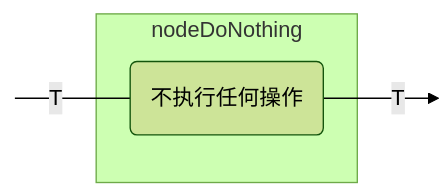
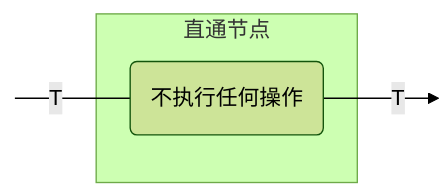
Before and after one commit to BinaryTape/Open-Docs: the second of 15 diagrams in docs/koog/nodes-and-components.md, drawn with Mermaid (forest theme). The commit also changed other lines of this file and 164 other files, not shown here.

````diff
--- a/docs/koog/nodes-and-components.md
+++ b/docs/koog/nodes-and-components.md
@@ -72,13 +72,13 @@
 ```mermaid
 graph LR
     in:::hidden
     out:::hidden
     
-    subgraph node ["nodeDoNothing"]
+    subgraph node ["直通节点"]
         execute(不执行任何操作)
     end
     
     in ---|T| execute --T--> out
 
     classDef hidden display: none;
 ```
````
